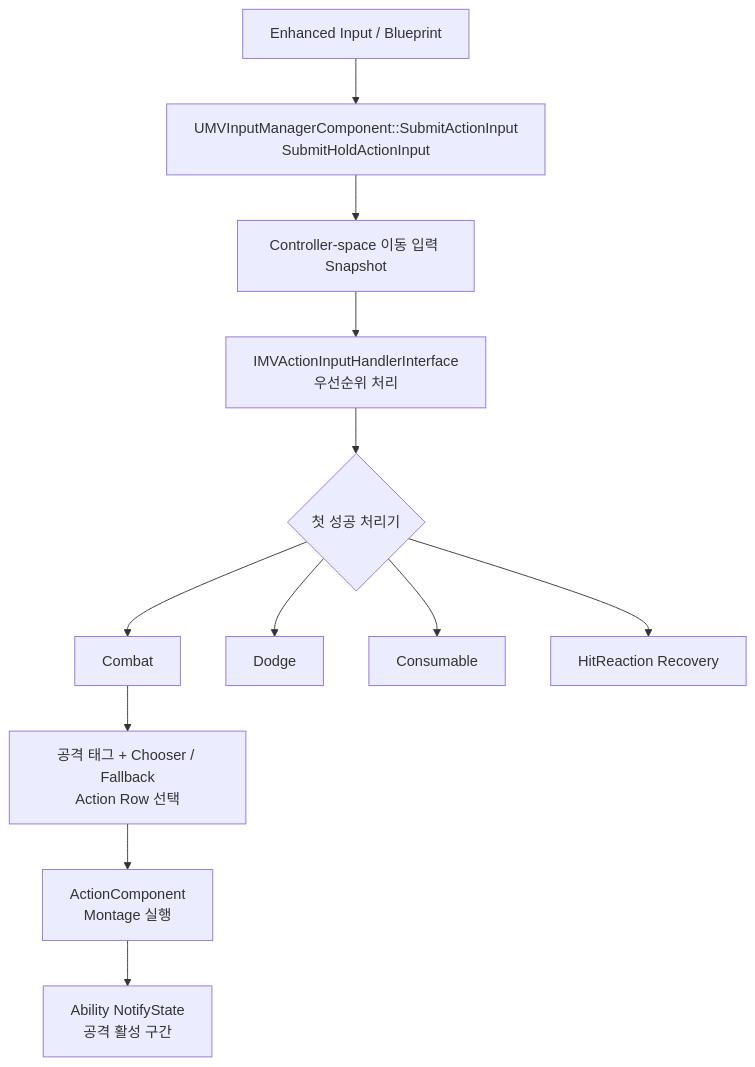
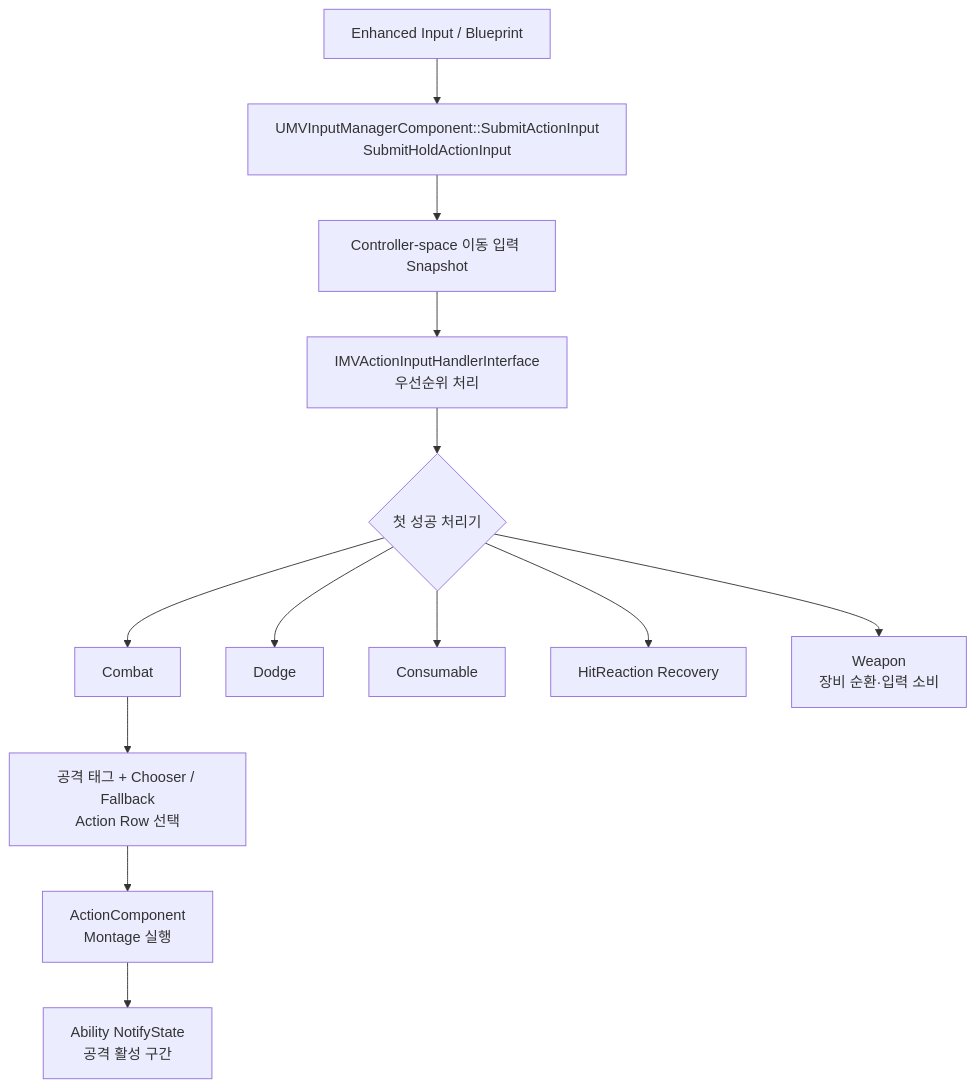
Before and after one commit to DreamersStudio3/Maverick: the diagram in docs/wiki/Features/Input-to-Action/document.md, drawn with Mermaid. The commit also changed other lines of this file and 4 other files, not shown here.

````diff
--- a/docs/wiki/Features/Input-to-Action/document.md
+++ b/docs/wiki/Features/Input-to-Action/document.md
@@ -15,14 +15,15 @@
 ```mermaid
 flowchart TD
     Input["Enhanced Input / Blueprint"] --> Submit["UMVInputManagerComponent::SubmitActionInput<br/>SubmitHoldActionInput"]
     Submit --> Snapshot["Controller-space 이동 입력 Snapshot"]
     Snapshot --> Handlers["IMVActionInputHandlerInterface<br/>우선순위 처리"]
     Handlers --> Consumed{"첫 성공 처리기"}
     Consumed --> Combat["Combat"]
     Consumed --> Dodge["Dodge"]
     Consumed --> Consumable["Consumable"]
     Consumed --> Recovery["HitReaction Recovery"]
+    Consumed --> Weapon["Weapon<br/>장비 순환·입력 소비"]
     Combat --> Select["공격 태그 + Chooser / Fallback<br/>Action Row 선택"]
     Select --> Action["ActionComponent<br/>Montage 실행"]
     Action --> Notify["Ability NotifyState<br/>공격 활성 구간"]
 ```
````
